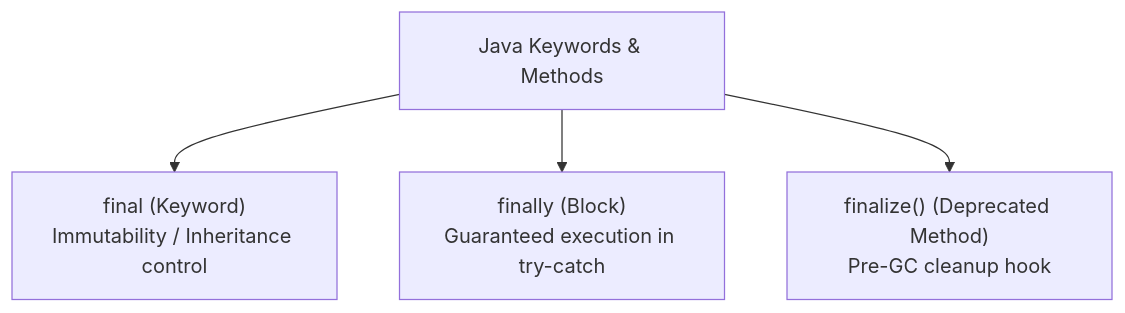
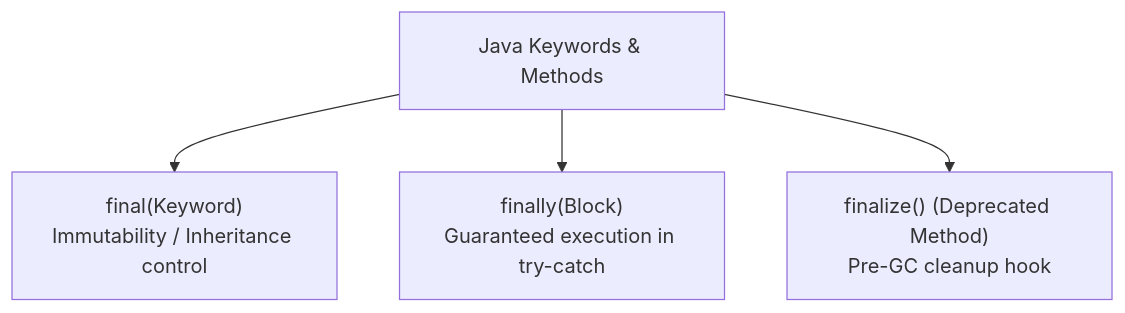
One commit to pploc/swe-icon-the-moment changed the diagram in content/questions/language/java/java-final-finally-finalize.md. Above: the diagram before and after it, drawn with Mermaid. The commit also changed 138 other files, not shown here.

````diff
--- a/content/questions/language/java/java-final-finally-finalize.md
+++ b/content/questions/language/java/java-final-finally-finalize.md
@@ -22,8 +22,10 @@
 ```mermaid
 flowchart TD
     Concept["Java Keywords & Methods"]
-    Concept --> Final["final (Keyword)\nImmutability / Inheritance control"]
-    Concept --> Finally["finally (Block)\nGuaranteed execution in try-catch"]
+    Concept --> Final["final(Keyword)\nImmutability / Inheritance control"]
+    Concept --> Finally["finally(Block)\nGuaranteed execution in try-catch"]
     Concept --> Finalize["finalize() (Deprecated Method)\nPre-GC cleanup hook"]
 
+
+
 ```
````
